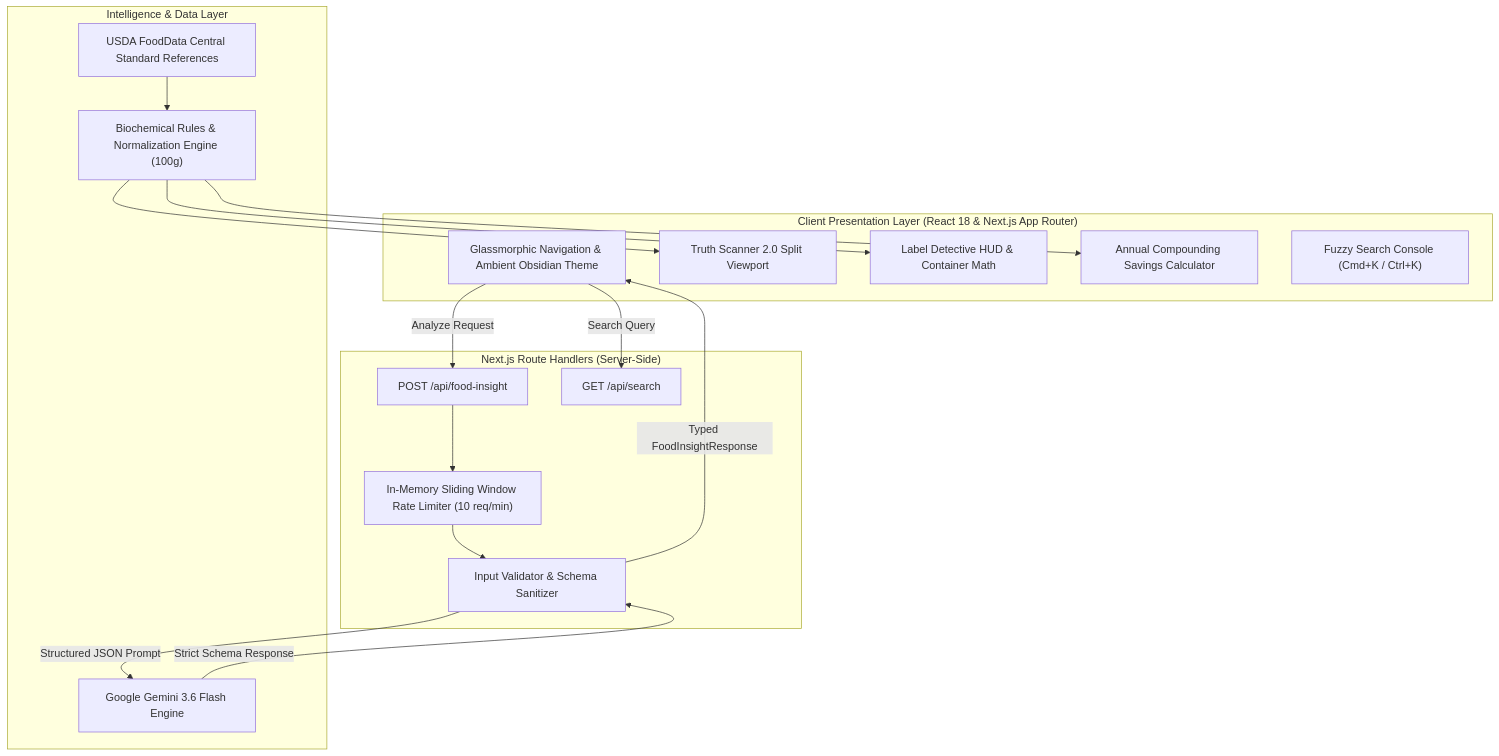
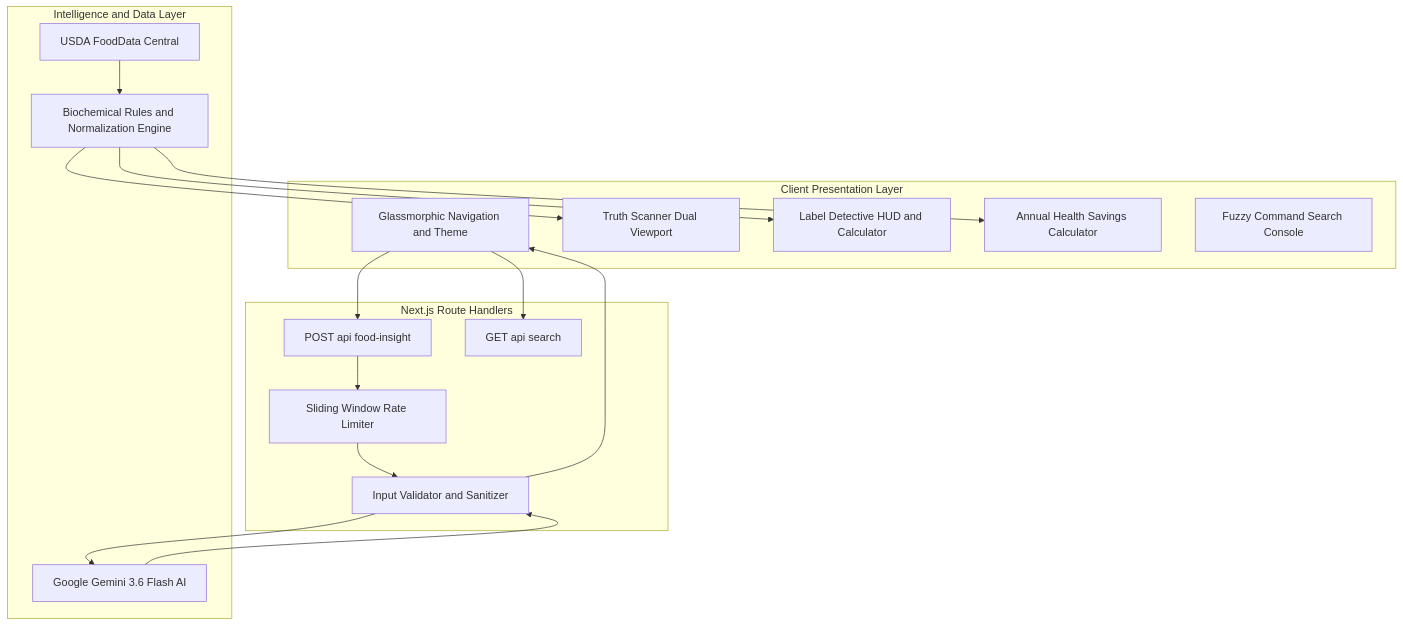
Before and after one commit to aadityashekhar321/nutrilens: the diagram in README.md, drawn with Mermaid.

Commit message:
docs: fix Mermaid diagram syntax for GitHub renderer

````diff
--- a/README.md
+++ b/README.md
@@ -112,35 +112,35 @@
 ```mermaid
 flowchart TB
-    subgraph Client["Client Presentation Layer (React 18 & Next.js App Router)"]
-        UI["Glassmorphic Navigation & Ambient Obsidian Theme"]
-        Scanner["Truth Scanner 2.0 Split Viewport"]
-        HUD["Label Detective HUD & Container Math"]
-        Calc["Annual Compounding Savings Calculator"]
-        SearchModal["Fuzzy Search Console (Cmd+K / Ctrl+K)"]
+    subgraph Client["Client Presentation Layer"]
+        UI["Glassmorphic Navigation and Theme"]
+        Scanner["Truth Scanner Dual Viewport"]
+        HUD["Label Detective HUD and Calculator"]
+        Calc["Annual Health Savings Calculator"]
+        SearchModal["Fuzzy Command Search Console"]
     end
 
-    subgraph Server["Next.js Route Handlers (Server-Side)"]
-        APIFood["POST /api/food-insight"]
-        APISearch["GET /api/search"]
-        RateLimiter["In-Memory Sliding Window Rate Limiter (10 req/min)"]
-        InputSanitizer["Input Validator & Schema Sanitizer"]
+    subgraph Server["Next.js Route Handlers"]
+        APIFood["POST api food-insight"]
+        APISearch["GET api search"]
+        RateLimiter["Sliding Window Rate Limiter"]
+        InputSanitizer["Input Validator and Sanitizer"]
     end
 
-    subgraph Intelligence["Intelligence & Data Layer"]
-        Gemini["Google Gemini 3.6 Flash Engine"]
-        USDA["USDA FoodData Central Standard References"]
-        Engine["Biochemical Rules & Normalization Engine (100g)"]
+    subgraph Intelligence["Intelligence and Data Layer"]
+        Gemini["Google Gemini 3.6 Flash AI"]
+        USDA["USDA FoodData Central"]
+        Engine["Biochemical Rules and Normalization Engine"]
     end
 
-    UI -->|Analyze Request| APIFood
-    UI -->|Search Query| APISearch
+    UI --> APIFood
+    UI --> APISearch
     APIFood --> RateLimiter
     RateLimiter --> InputSanitizer
-    InputSanitizer -->|Structured JSON Prompt| Gemini
-    Gemini -->|Strict Schema Response| InputSanitizer
-    InputSanitizer -->|Typed FoodInsightResponse| UI
+    InputSanitizer --> Gemini
+    Gemini --> InputSanitizer
+    InputSanitizer --> UI
     USDA --> Engine
     Engine --> Scanner
     Engine --> HUD
     Engine --> Calc
 ```
````
